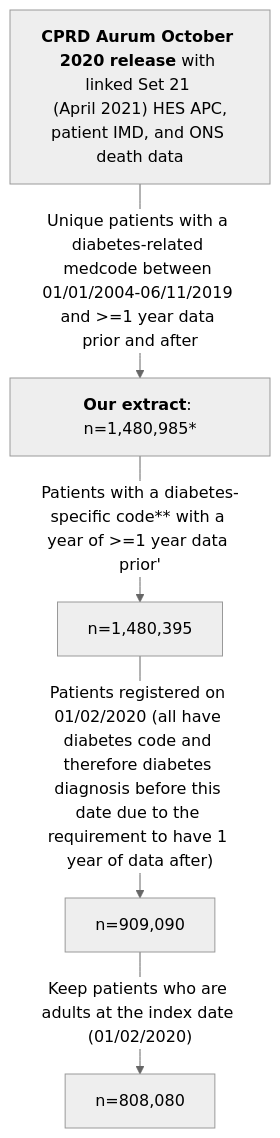
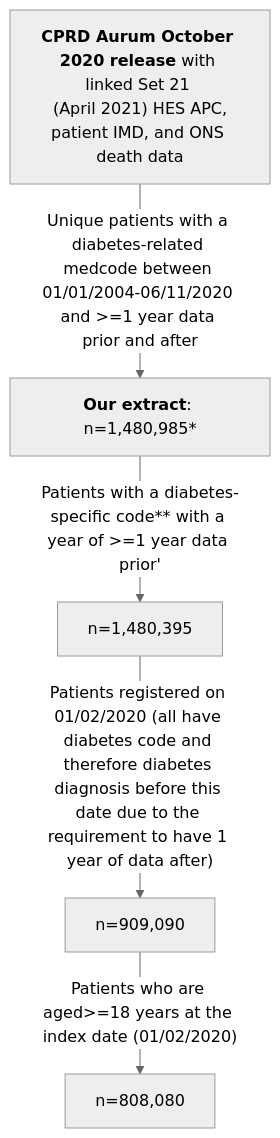
One commit to Exeter-Diabetes/CPRD-Katie-DePICtion-Scripts changed the diagram in README.md. Above: the diagram before and after it, drawn with Mermaid (neutral theme). The commit also changed other lines of this file, not shown here.

````diff
--- a/README.md
+++ b/README.md
@@ -9,7 +9,7 @@
 ```mermaid
 graph TD;
-    A["<b>CPRD Aurum October 2020 release</b> with linked Set 21 <br> (April 2021) HES APC, patient IMD, and ONS death data"] --> |"Unique patients with a diabetes-related medcode between 01/01/2004-06/11/2019 and >=1 year data prior and after"| B["<b>Our extract</b>: n=1,480,985*"]
+    A["<b>CPRD Aurum October 2020 release</b> with linked Set 21 <br> (April 2021) HES APC, patient IMD, and ONS death data"] --> |"Unique patients with a diabetes-related medcode between 01/01/2004-06/11/2020 and >=1 year data prior and after"| B["<b>Our extract</b>: n=1,480,985*"]
     B -->|"Patients with a diabetes-specific code** with a year of >=1 year data prior'"|C["n=1,480,395"]
     C -->|"Patients registered on 01/02/2020 (all have diabetes code and therefore diabetes diagnosis before this date due to the requirement to have 1 year of data after)"|D["n=909,090"]
-    D -->|"Keep patients who are adults at the index date (01/02/2020)"|E["n=808,080"]
+    D -->|"Patients who are aged>=18 years at the index date (01/02/2020)"|E["n=808,080"]
 ```
````
